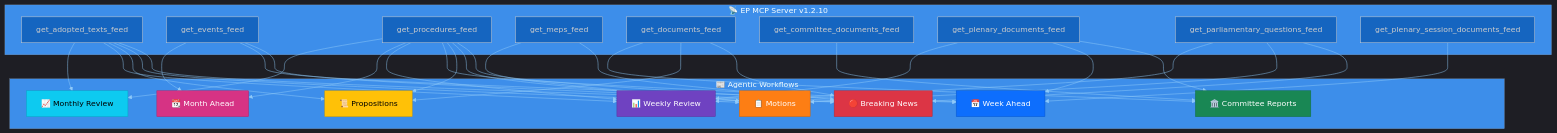
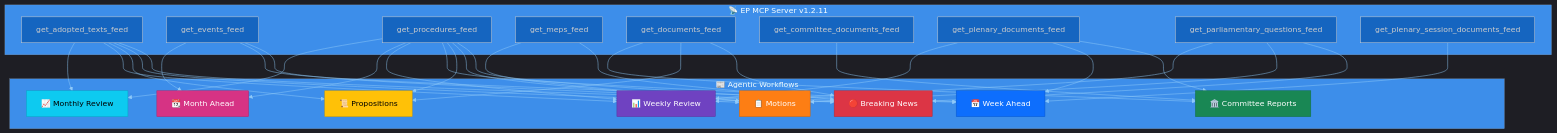
One commit to Hack23/euparliamentmonitor changed the fifth of 7 diagrams in analysis/README.md. Above: the diagram before and after it, drawn with Mermaid. The commit also changed 50 other files, not shown here.

````diff
--- a/analysis/README.md
+++ b/analysis/README.md
@@ -501,45 +501,45 @@
 ```mermaid
 %%{init: {"theme":"dark","themeVariables":{"primaryColor":"#1565C0","primaryTextColor":"#ffffff","primaryBorderColor":"#0A3F7F","lineColor":"#90CAF9","secondaryColor":"#2E7D32","secondaryTextColor":"#ffffff","secondaryBorderColor":"#0F3F00","tertiaryColor":"#FF9800","tertiaryTextColor":"#000000","tertiaryBorderColor":"#7F4F00","mainBkg":"#1565C0","secondBkg":"#2E7D32","tertiaryBkg":"#FF9800","noteBkgColor":"#FFC107","noteTextColor":"#000000","noteBorderColor":"#7F6000","errorBkgColor":"#D32F2F","errorTextColor":"#ffffff","fontFamily":"Inter, Helvetica, Arial, sans-serif","pie1":"#1565C0","pie2":"#2E7D32","pie3":"#FF9800","pie4":"#D32F2F","pie5":"#FFC107","pie6":"#7B1FA2","pie7":"#9E9E9E","pie8":"#0288D1","pie9":"#388E3C","pie10":"#F57C00","pie11":"#C62828","pie12":"#FBC02D","pieTitleTextSize":"18px","pieSectionTextSize":"14px","pieLegendTextSize":"13px","pieStrokeColor":"#1e1e1e","pieOuterStrokeColor":"#1e1e1e","git0":"#1565C0","git1":"#2E7D32","git2":"#FF9800","git3":"#D32F2F","gitBranchLabel0":"#ffffff","gitBranchLabel1":"#ffffff","gitBranchLabel2":"#000000","gitBranchLabel3":"#ffffff","cScale0":"#1565C0","cScale1":"#2E7D32","cScale2":"#FF9800","cScale3":"#D32F2F","cScale4":"#FFC107","cScale5":"#7B1FA2","cScale6":"#9E9E9E","cScale7":"#0288D1","xyChart":{"backgroundColor":"#1e1e1e","plotColorPalette":"#1565C0,#2E7D32,#FF9800,#D32F2F,#FFC107,#7B1FA2,#9E9E9E"}}}}%%
 flowchart TD
-    subgraph "📡 EP MCP Server v1.2.10"
+    subgraph "📡 EP MCP Server v1.2.11"
         F1["get_adopted_texts_feed"]
         F2["get_events_feed"]
         F3["get_procedures_feed"]
         F4["get_meps_feed"]
         F5["get_documents_feed"]
         F6["get_committee_documents_feed"]
         F7["get_plenary_documents_feed"]
         F8["get_parliamentary_questions_feed"]
         F9["get_plenary_session_documents_feed"]
     end
 
     subgraph "📰 Agentic Workflows"
         W1["🔴 Breaking News"]
         W2["📋 Motions"]
         W3["📜 Propositions"]
         W4["🏛️ Committee Reports"]
         W5["📅 Week Ahead"]
         W6["📊 Weekly Review"]
         W7["📆 Month Ahead"]
         W8["📈 Monthly Review"]
     end
 
     F1 --> W1 & W2 & W3 & W6 & W8
     F2 --> W1 & W5 & W7
     F3 --> W1 & W2 & W3 & W5 & W6 & W7 & W8
     F4 --> W1 & W2
     F5 --> W1 & W3 & W4
     F6 --> W4
     F7 --> W4 & W5 & W6
     F8 --> W1 & W2 & W6
     F9 --> W5
 
     style W1 fill:#dc3545,stroke:#b02a37,color:#fff
     style W2 fill:#fd7e14,stroke:#ca6510,color:#fff
     style W3 fill:#ffc107,stroke:#cc9a06,color:#000
     style W4 fill:#198754,stroke:#146c43,color:#fff
     style W5 fill:#0d6efd,stroke:#0a58ca,color:#fff
     style W6 fill:#6f42c1,stroke:#59359a,color:#fff
     style W7 fill:#d63384,stroke:#ab296a,color:#fff
     style W8 fill:#0dcaf0,stroke:#0aa2c0,color:#000
 ```
````
